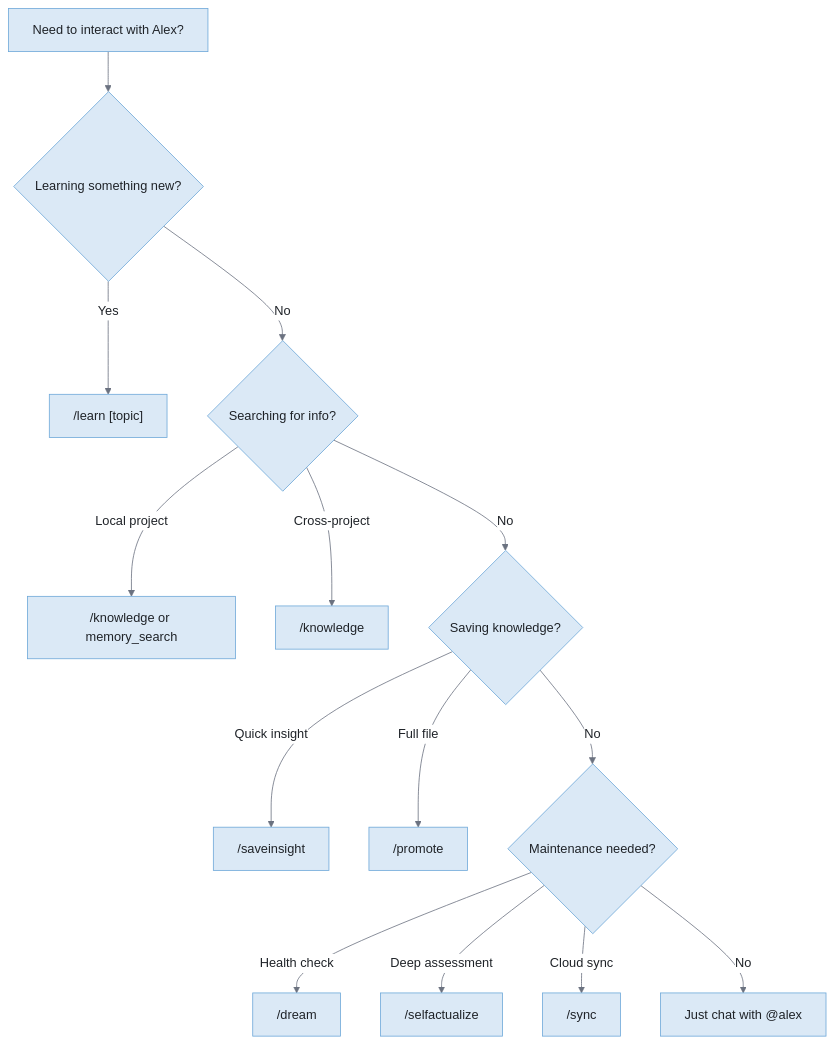
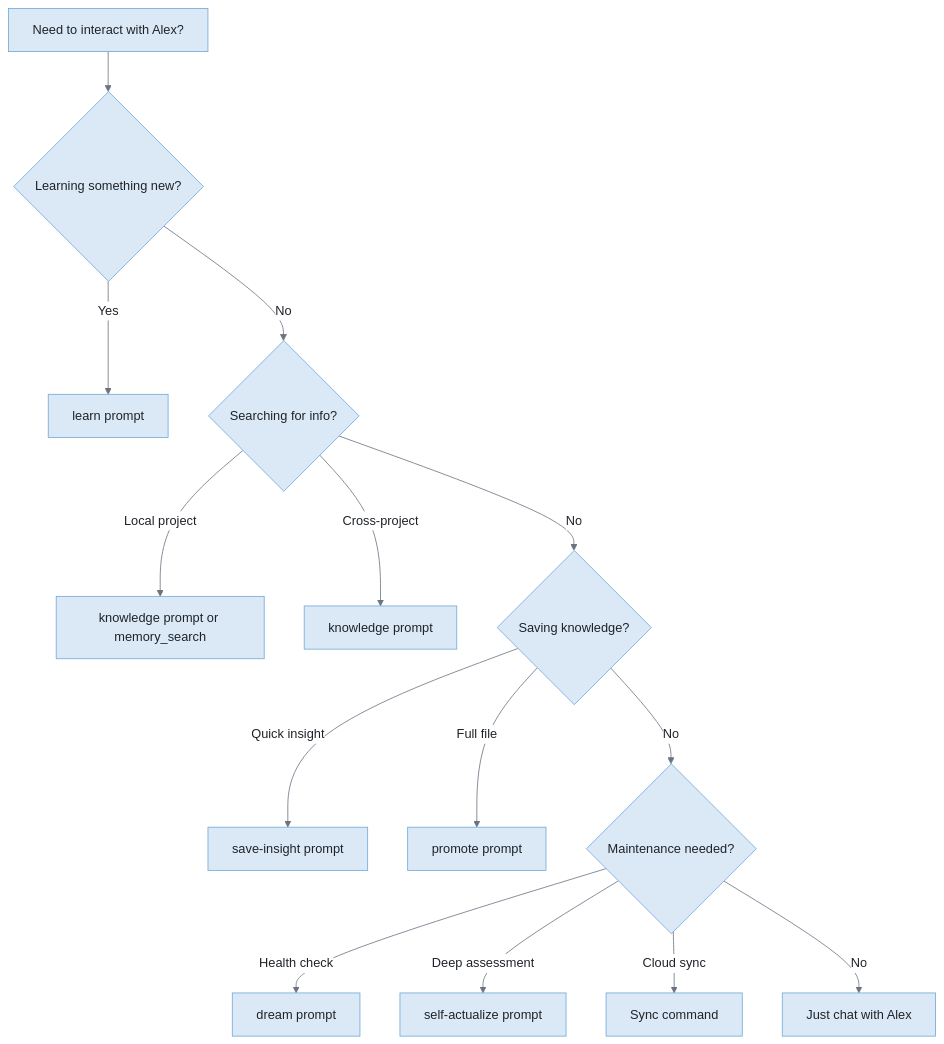
Before and after one commit to fabioc-aloha/Alex_Plug_In: the fourth of 4 diagrams in alex_docs/architecture/CONSCIOUS-MIND.md, drawn with Mermaid. The commit also changed other lines of this file and 72 other files, not shown here.

First line of the commit message:
Agent-only architecture: remove participant mode, dead code cleanup, docs audit

````diff
--- a/alex_docs/architecture/CONSCIOUS-MIND.md
+++ b/alex_docs/architecture/CONSCIOUS-MIND.md
@@ -211,22 +211,22 @@
 ```mermaid
 %%{init: {'theme': 'base', 'themeVariables': {'background': '#f8f9fa', 'primaryColor': '#dbe9f6', 'primaryTextColor': '#1f2328', 'primaryBorderColor': '#6ea8d9', 'lineColor': '#6b7280', 'secondaryColor': '#d1f5ef', 'secondaryBorderColor': '#5ab5a0', 'tertiaryColor': '#ede7f6', 'tertiaryBorderColor': '#b39ddb', 'edgeLabelBackground': '#ffffff', 'fontFamily': 'Segoe UI, system-ui, sans-serif'}}}%%
 flowchart TD
     START[Need to interact with Alex?]
 
     START --> Q1{Learning something new?}
-    Q1 -->|Yes| LEARN["/learn [topic]"]
+    Q1 -->|Yes| LEARN["learn prompt"]
     Q1 -->|No| Q2{Searching for info?}
 
-    Q2 -->|Local project| MEM["/knowledge or memory_search"]
-    Q2 -->|Cross-project| GK["/knowledge"]
+    Q2 -->|Local project| MEM["knowledge prompt or memory_search"]
+    Q2 -->|Cross-project| GK["knowledge prompt"]
     Q2 -->|No| Q3{Saving knowledge?}
 
-    Q3 -->|Quick insight| SAVE["/saveinsight"]
-    Q3 -->|Full file| PROM["/promote"]
+    Q3 -->|Quick insight| SAVE["save-insight prompt"]
+    Q3 -->|Full file| PROM["promote prompt"]
     Q3 -->|No| Q4{Maintenance needed?}
 
-    Q4 -->|Health check| DREAM["/dream"]
-    Q4 -->|Deep assessment| SELF["/selfactualize"]
-    Q4 -->|Cloud sync| SYNC["/sync"]
-    Q4 -->|No| CHAT["Just chat with @alex"]
+    Q4 -->|Health check| DREAM["dream prompt"]
+    Q4 -->|Deep assessment| SELF["self-actualize prompt"]
+    Q4 -->|Cloud sync| SYNC["Sync command"]
+    Q4 -->|No| CHAT["Just chat with Alex"]
 ```
````
